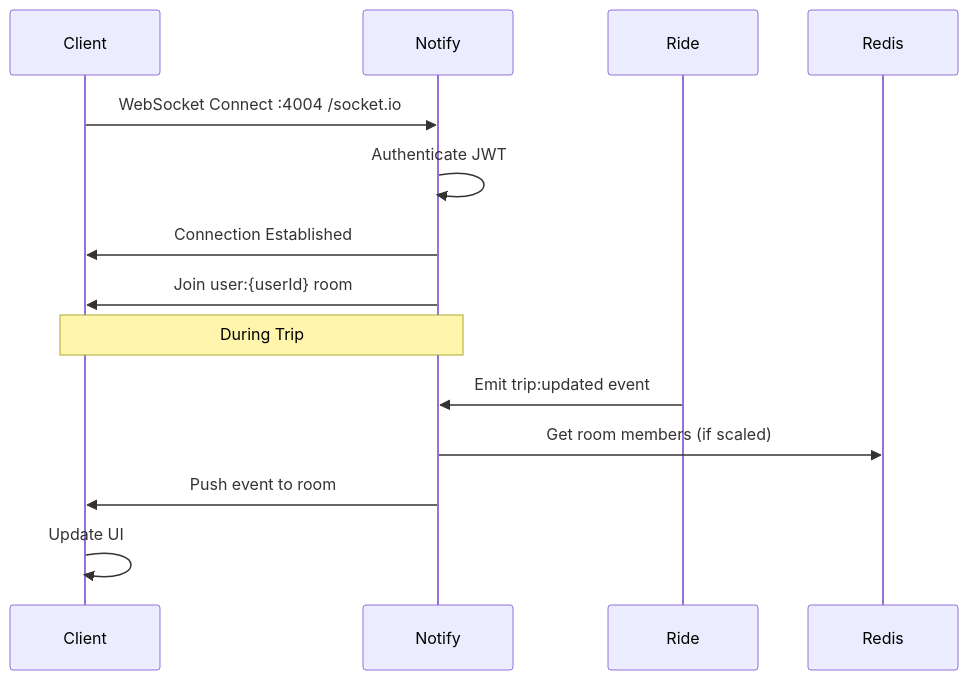
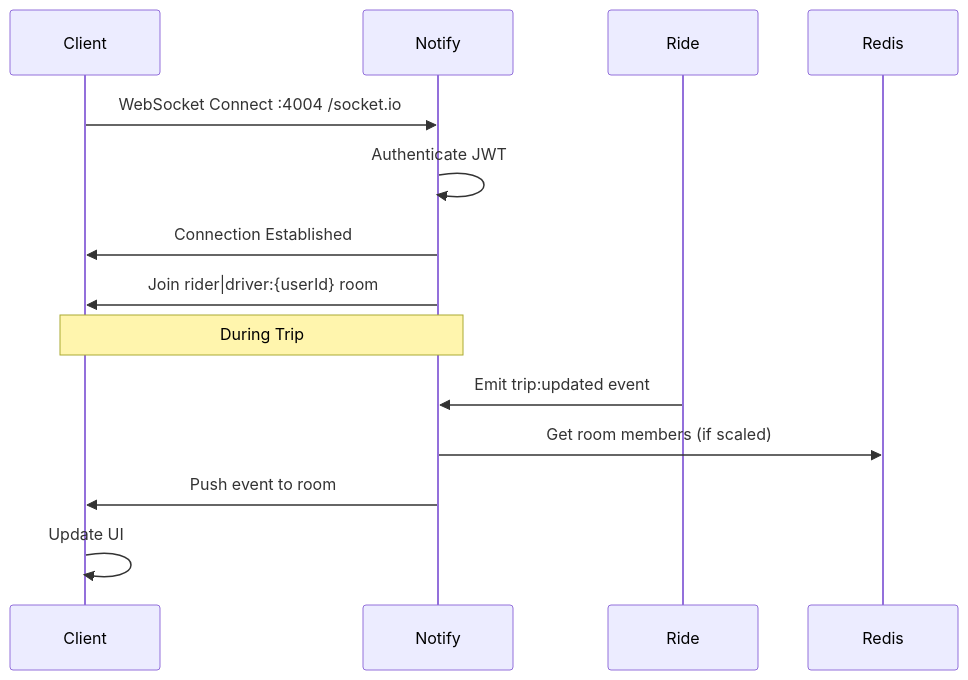
Before and after one commit to 13x54n/Eve: the diagram in backend/docs/websockets.md, drawn with Mermaid. The commit also changed other lines of this file and 36 other files, not shown here.

````diff
--- a/backend/docs/websockets.md
+++ b/backend/docs/websockets.md
@@ -41,19 +41,19 @@
 ```mermaid
 sequenceDiagram
     participant Client
     participant Notify
     participant Ride
     participant Redis
 
     Client->>Notify: WebSocket Connect :4004 /socket.io
     Notify->>Notify: Authenticate JWT
     Notify->>Client: Connection Established
-    Notify->>Client: Join user:{userId} room
+    Notify->>Client: Join rider|driver:{userId} room
     
     Note over Client,Notify: During Trip
     
     Ride->>Notify: Emit trip:updated event
     Notify->>Redis: Get room members (if scaled)
     Notify->>Client: Push event to room
     Client->>Client: Update UI
 ```
````
